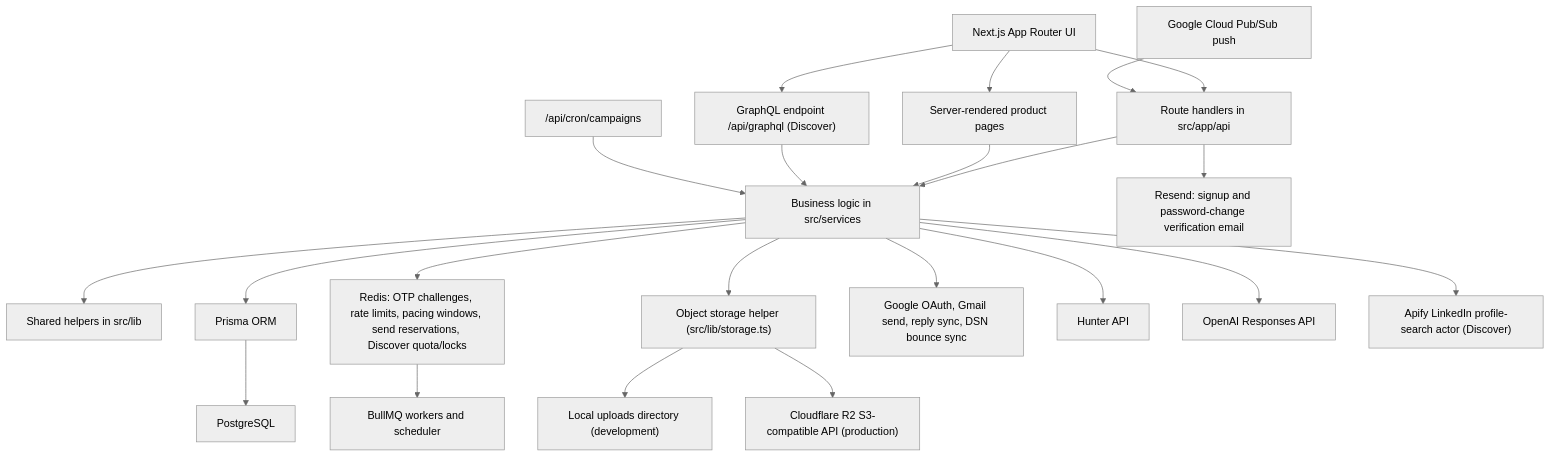
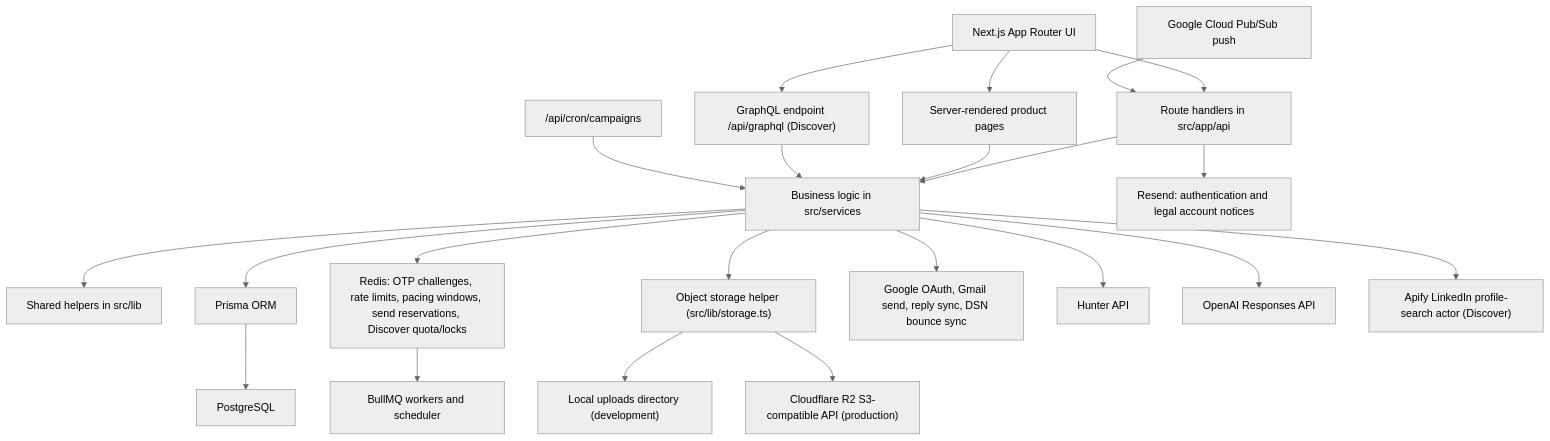
The second of 4 diagrams in README.md (ka8540/Sendloom), drawn with Mermaid (neutral theme) before and after one commit. The commit also changed other lines of this file and 17 other files, not shown here.

````diff
--- a/README.md
+++ b/README.md
@@ -91,24 +91,24 @@
 ```mermaid
 flowchart TD
     UI["Next.js App Router UI"] --> API["Route handlers in src/app/api"]
     UI --> SSR["Server-rendered product pages"]
     UI --> GraphQL["GraphQL endpoint /api/graphql (Discover)"]
     API --> Services["Business logic in src/services"]
     SSR --> Services
     GraphQL --> Services
     Services --> Lib["Shared helpers in src/lib"]
     Services --> Prisma["Prisma ORM"]
     Prisma --> Postgres["PostgreSQL"]
     Services --> Redis["Redis: OTP challenges, rate limits, pacing windows, send reservations, Discover quota/locks"]
     Redis --> Workers["BullMQ workers and scheduler"]
     Services --> Storage["Object storage helper (src/lib/storage.ts)"]
     Storage --> Local["Local uploads directory (development)"]
     Storage --> R2["Cloudflare R2 S3-compatible API (production)"]
     Services --> Google["Google OAuth, Gmail send, reply sync, DSN bounce sync"]
-    API --> Resend["Resend: signup and password-change verification email"]
+    API --> Resend["Resend: authentication and legal account notices"]
     Services --> Hunter["Hunter API"]
     Services --> OpenAI["OpenAI Responses API"]
     Services --> Apify["Apify LinkedIn profile-search actor (Discover)"]
     Cron["/api/cron/campaigns"] --> Services
     PubSub["Google Cloud Pub/Sub push"] --> API
 ```
````
